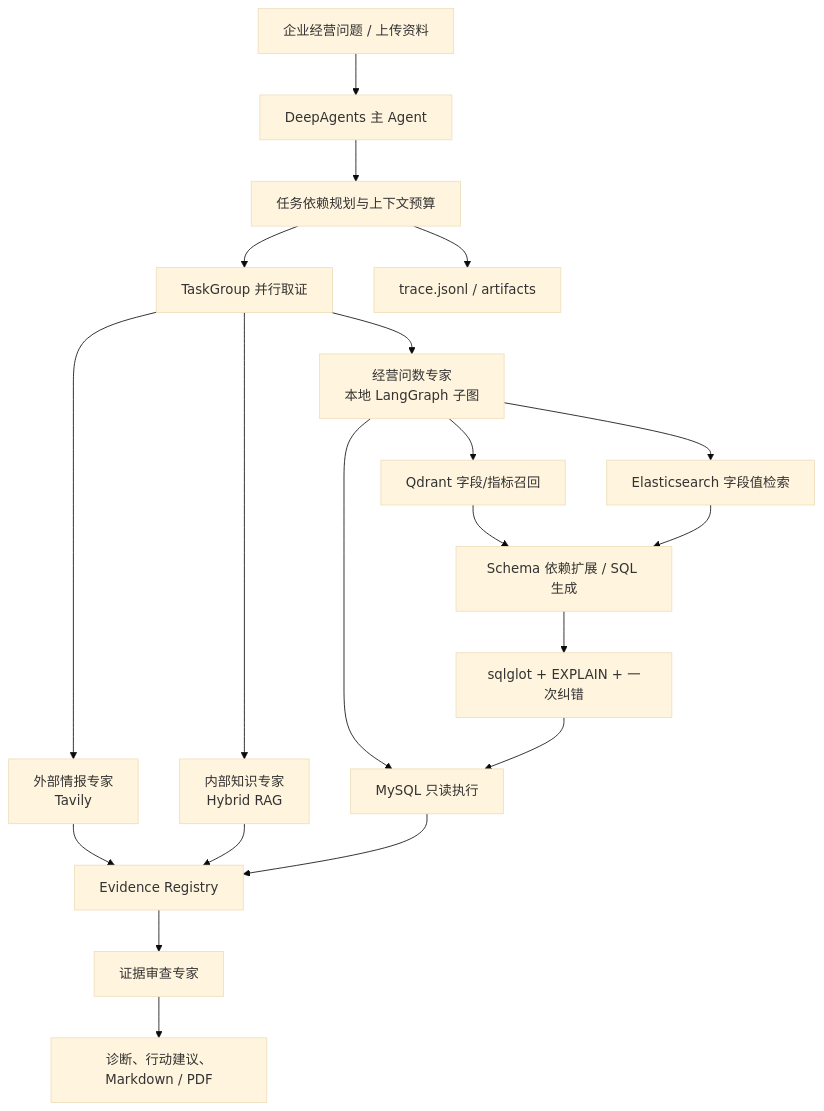
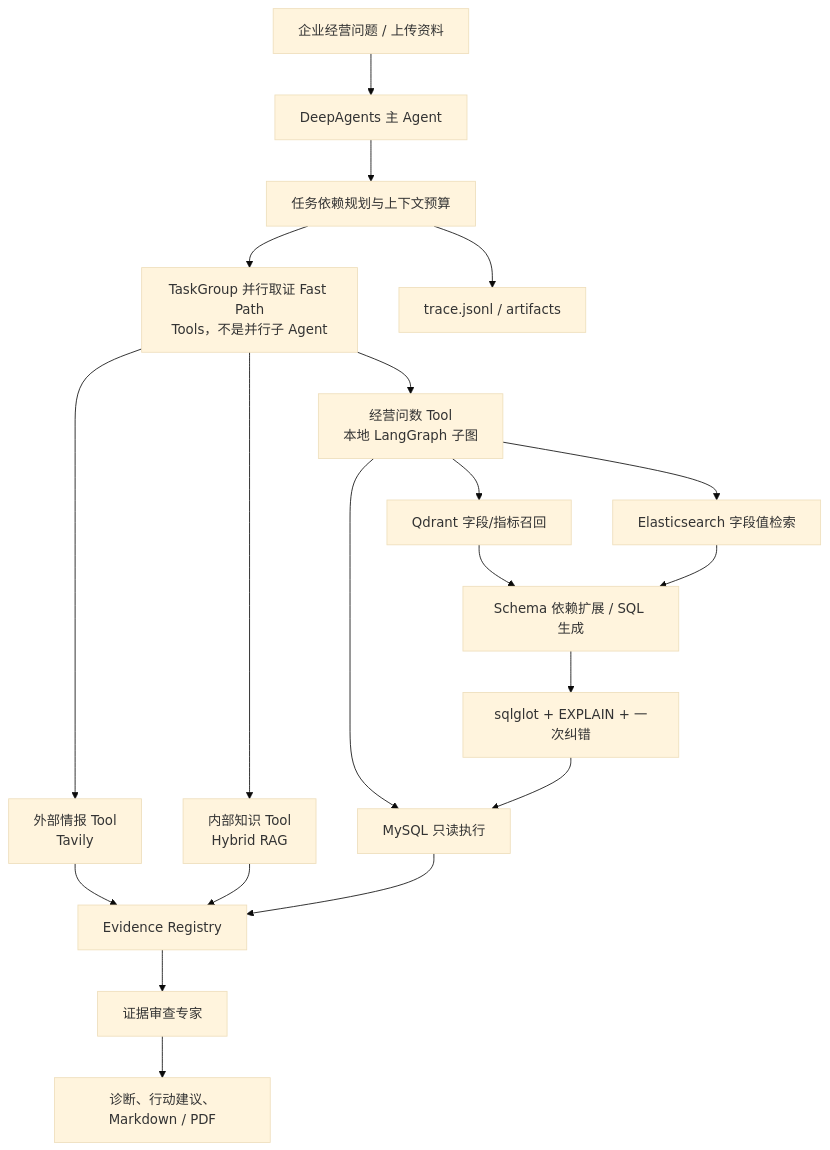
Before and after one commit to wenmo-yu/enterprise-decision-agents: the diagram in README.md, drawn with Mermaid (base theme). The commit also changed other lines of this file and 15 other files, not shown here.

Commit message:
feat: harden evidence gates and parallel research flow

````diff
--- a/README.md
+++ b/README.md
@@ -58,22 +60,22 @@
 ```mermaid
 flowchart TD
     U[企业经营问题 / 上传资料] --> M[DeepAgents 主 Agent]
     M --> P[任务依赖规划与上下文预算]
-    P --> X[TaskGroup 并行取证]
-    X --> E[外部情报专家<br/>Tavily]
-    X --> A[经营问数专家<br/>本地 LangGraph 子图]
-    X --> K[内部知识专家<br/>Hybrid RAG]
+    P --> X[TaskGroup 并行取证 Fast Path<br/>Tools，不是并行子 Agent]
+    X --> E[外部情报 Tool<br/>Tavily]
+    X --> A[经营问数 Tool<br/>本地 LangGraph 子图]
+    X --> K[内部知识 Tool<br/>Hybrid RAG]
     A --> Q[Qdrant 字段/指标召回]
     A --> S[Elasticsearch 字段值检索]
     A --> D[MySQL 只读执行]
     Q --> G[Schema 依赖扩展 / SQL 生成]
     S --> G
     G --> V[sqlglot + EXPLAIN + 一次纠错]
     V --> D
     E --> R[Evidence Registry]
     K --> R
     D --> R
     R --> C[证据审查专家]
     C --> O[诊断、行动建议、Markdown / PDF]
     P --> T[trace.jsonl / artifacts]
 ```
````
